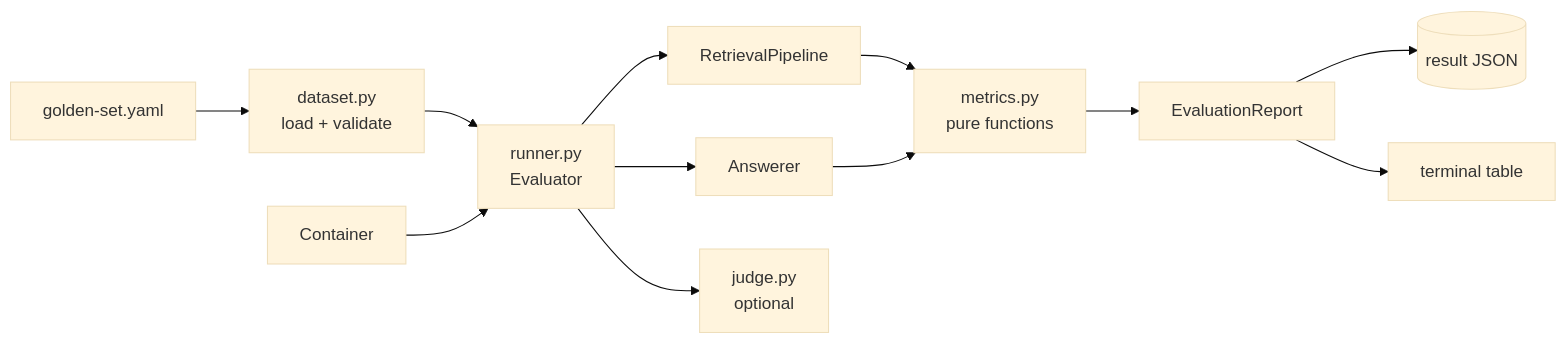
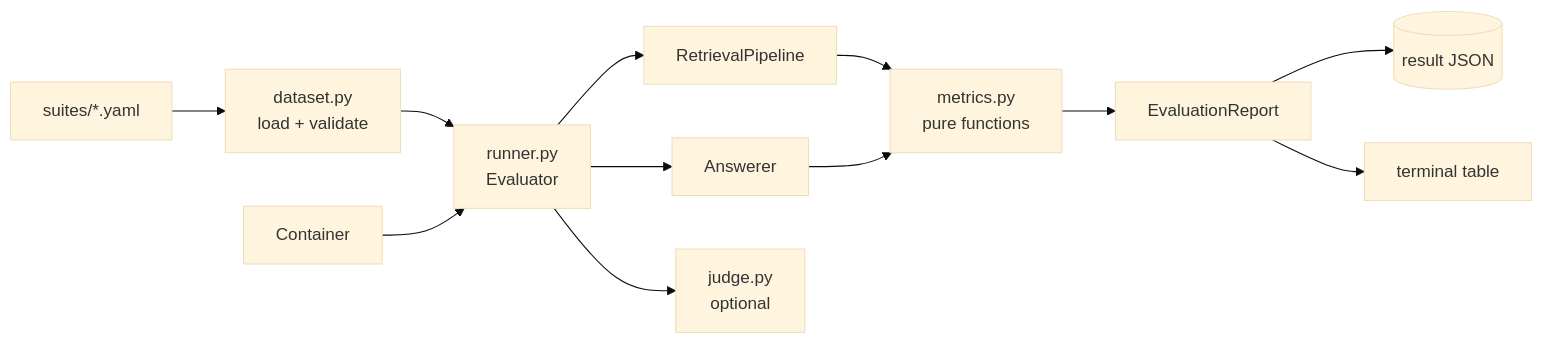
One commit to MokshDX/OSC-Chatbot changed the diagram in docs/engineering/architecture/evaluation.md. Above: the diagram before and after it, drawn with Mermaid (base theme). The commit also changed other lines of this file and 365 other files, not shown here.

First line of the commit message:
feat: conversational memory, schema-first corpus, mature evaluation system

````diff
--- a/docs/engineering/architecture/evaluation.md
+++ b/docs/engineering/architecture/evaluation.md
@@ -49,14 +71,14 @@
 ```mermaid
 graph LR
-    G[golden-set.yaml] --> D[dataset.py<br/>load + validate]
+    G[suites/*.yaml] --> D[dataset.py<br/>load + validate]
     D --> R[runner.py<br/>Evaluator]
     C[Container] --> R
     R --> RP[RetrievalPipeline]
     R --> AN[Answerer]
     R --> J[judge.py<br/>optional]
     RP --> M[metrics.py<br/>pure functions]
     AN --> M
     M --> REP[EvaluationReport]
     REP --> JSON[(result JSON)]
     REP --> T[terminal table]
 ```
````
